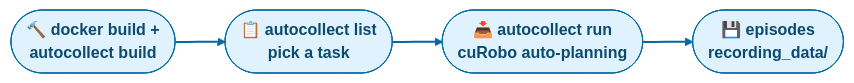
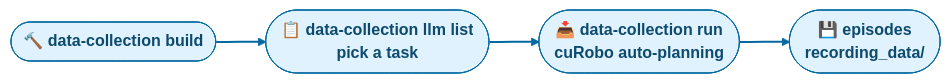
One commit to AgibotTech/genie_sim changed the eighth of 9 diagrams in README.md. Above: the diagram before and after it, drawn with Mermaid. The commit also changed other lines of this file and 1091 other files, not shown here.

````diff
--- a/README.md
+++ b/README.md
@@ -218,7 +218,7 @@
 ```mermaid
 flowchart LR
-  build(["🔨 docker build +<br/>autocollect build"]) ==> list(["📋 autocollect list<br/>pick a task"]) ==> run(["📥 autocollect run<br/>cuRobo auto-planning"]) ==> ep(["💾 episodes<br/>recording_data/"])
+  build(["🔨 data-collection build"]) ==> list(["📋 data-collection llm list<br/>pick a task"]) ==> run(["📥 data-collection run<br/>cuRobo auto-planning"]) ==> ep(["💾 episodes<br/>recording_data/"])
   classDef step fill:#e0f2fe,stroke:#0369a1,color:#0c4a6e,font-weight:bold
   class build,list,run,ep step
   linkStyle 0,1,2 stroke:#0369a1,stroke-width:2px
 ```
````
